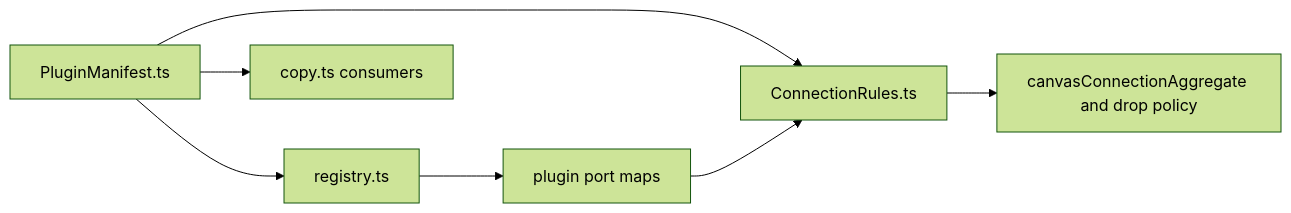
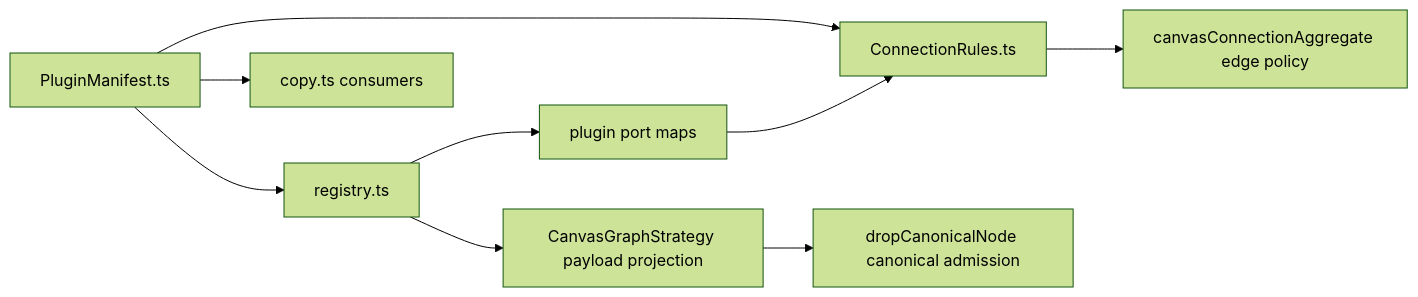
One commit to dunay2/dvt changed the third of 3 diagrams in docs/architecture/components/web/graph/graph-frontend-architecture.md. Above: the diagram before and after it, drawn with Mermaid (forest theme). The commit also changed other lines of this file and 32 other files, not shown here.

````diff
--- a/docs/architecture/components/web/graph/graph-frontend-architecture.md
+++ b/docs/architecture/components/web/graph/graph-frontend-architecture.md
@@ -168,9 +170,11 @@
 ```mermaid
 flowchart LR
   Manifest["PluginManifest.ts"] --> Registry["registry.ts"]
   Manifest --> Rules["ConnectionRules.ts"]
   Manifest --> Copy["copy.ts consumers"]
   Registry --> PortMap["plugin port maps"]
   PortMap --> Rules
-  Rules --> CanvasPolicy["canvasConnectionAggregate and drop policy"]
+  Rules --> CanvasPolicy["canvasConnectionAggregate edge policy"]
+  Registry --> Strategy["CanvasGraphStrategy payload projection"]
+  Strategy --> Drop["dropCanonicalNode canonical admission"]
 ```
````
